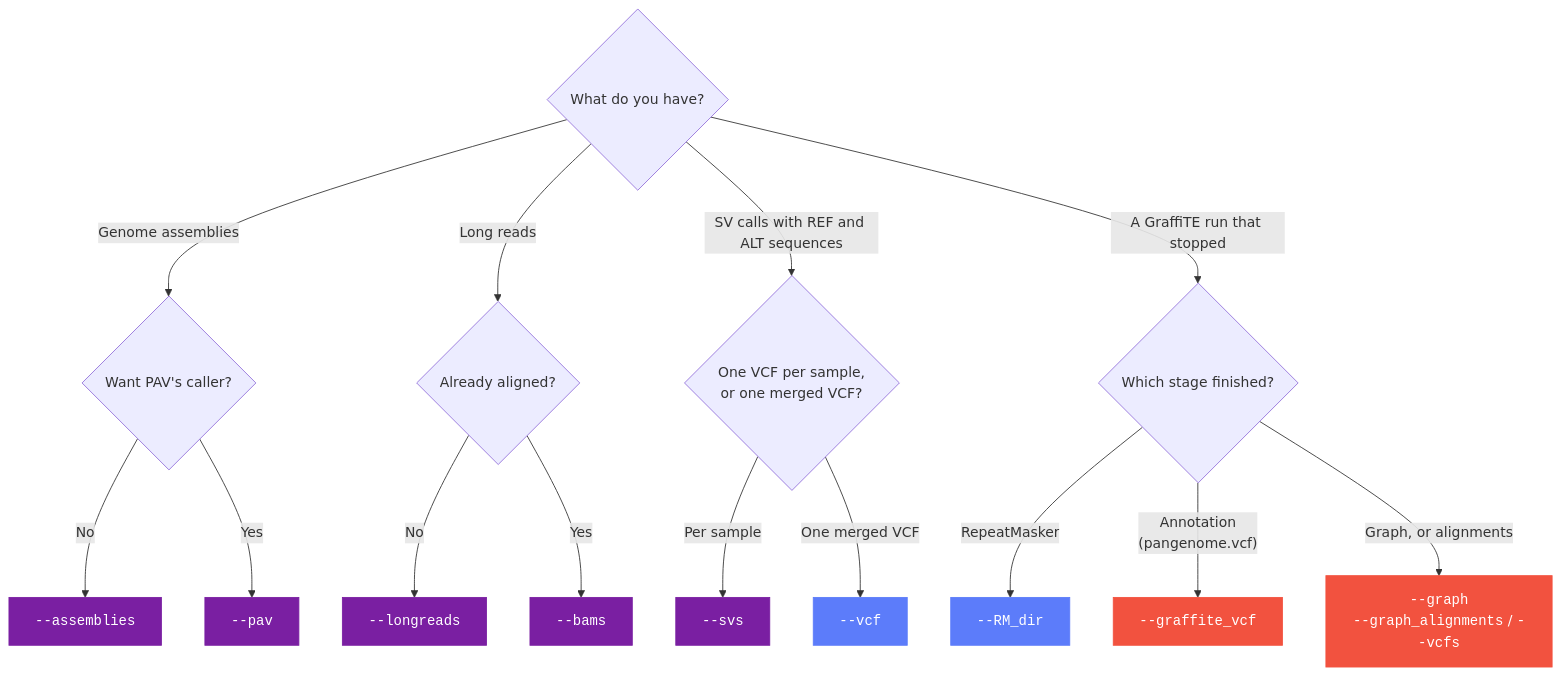
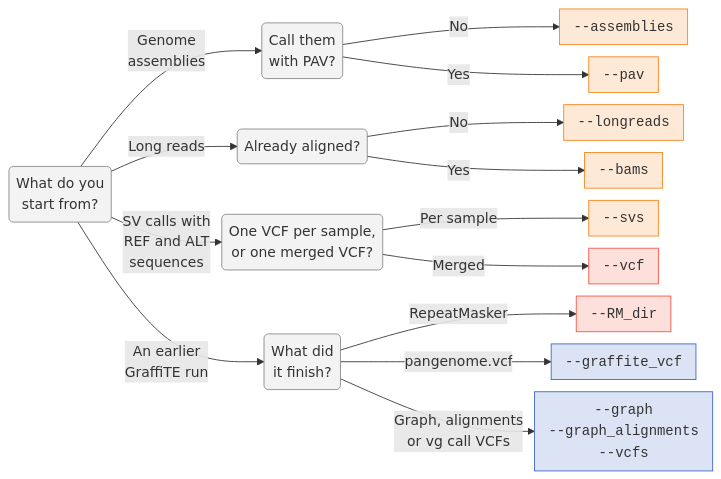
Before and after one commit to cgroza/GraffiTE: the diagram in docs/getting-started/choosing-your-inputs.md, drawn with Mermaid. The commit also changed 6 other files, not shown here.

````diff
--- a/docs/getting-started/choosing-your-inputs.md
+++ b/docs/getting-started/choosing-your-inputs.md
@@ -36,28 +36,27 @@
 ```mermaid
-flowchart TD
-    Q0{"What do you have?"}
-
-    Q0 -->|"Genome assemblies"| Q1{"Want PAV's caller?"}
+%%{init: {"flowchart": {"nodeSpacing": 14, "rankSpacing": 26, "padding": 8}}}%%
+flowchart LR
+    Q0("What do you<br/>start from?")
+    Q0 -->|"Genome<br/>assemblies"| Q1("Call them<br/>with PAV?")
     Q1 -->|No| SA["<code>--assemblies</code>"]
     Q1 -->|Yes| PV["<code>--pav</code>"]
-
-    Q0 -->|"Long reads"| Q2{"Already aligned?"}
+    Q0 -->|"Long reads"| Q2("Already aligned?")
     Q2 -->|No| LR["<code>--longreads</code>"]
     Q2 -->|Yes| BM["<code>--bams</code>"]
+    Q0 -->|"SV calls with<br/>REF and ALT<br/>sequences"| Q3("One VCF per sample,<br/>or one merged VCF?")
+    Q3 -->|"Per sample"| SV["<code>--svs</code>"]
+    Q3 -->|"Merged"| VC["<code>--vcf</code>"]
+    Q0 -->|"An earlier<br/>GraffiTE run"| Q4("What did<br/>it finish?")
+    Q4 -->|"RepeatMasker"| RM["<code>--RM_dir</code>"]
+    Q4 -->|"pangenome.vcf"| GV["<code>--graffite_vcf</code>"]
+    Q4 -->|"Graph, alignments<br/>or vg call VCFs"| PC["<code>--graph</code><br/><code>--graph_alignments</code><br/><code>--vcfs</code>"]
 
-    Q0 -->|"SV calls with REF and ALT sequences"| Q3{"One VCF per sample,<br/>or one merged VCF?"}
-    Q3 -->|"Per sample"| SV["<code>--svs</code>"]
-    Q3 -->|"One merged VCF"| VC["<code>--vcf</code>"]
-
-    Q0 -->|"A GraffiTE run that stopped"| Q4{"Which stage finished?"}
-    Q4 -->|"RepeatMasker"| RM["<code>--RM_dir</code>"]
-    Q4 -->|"Annotation<br/>(pangenome.vcf)"| GV["<code>--graffite_vcf</code>"]
-    Q4 -->|"Graph, or alignments"| PC["<code>--graph</code><br/><code>--graph_alignments</code> / <code>--vcfs</code>"]
-
-    classDef a fill:#7a1fa2,stroke:#7a1fa2,color:#fff;
-    classDef b fill:#5c7cfa,stroke:#5c7cfa,color:#fff;
-    classDef c fill:#f2523f,stroke:#f2523f,color:#fff;
-    class SA,PV,LR,BM,SV a;
-    class VC,RM b;
-    class GV,PC c;
+    classDef q fill:#8888881a,stroke:#888888;
+    classDef s1 fill:#f5851f2e,stroke:#f5851f;
+    classDef s2 fill:#f2523f2e,stroke:#f2523f;
+    classDef s3 fill:#3d63c92e,stroke:#3d63c9;
+    class Q0,Q1,Q2,Q3,Q4 q;
+    class SA,PV,LR,BM,SV s1;
+    class VC,RM s2;
+    class GV,PC s3;
 ```
````
